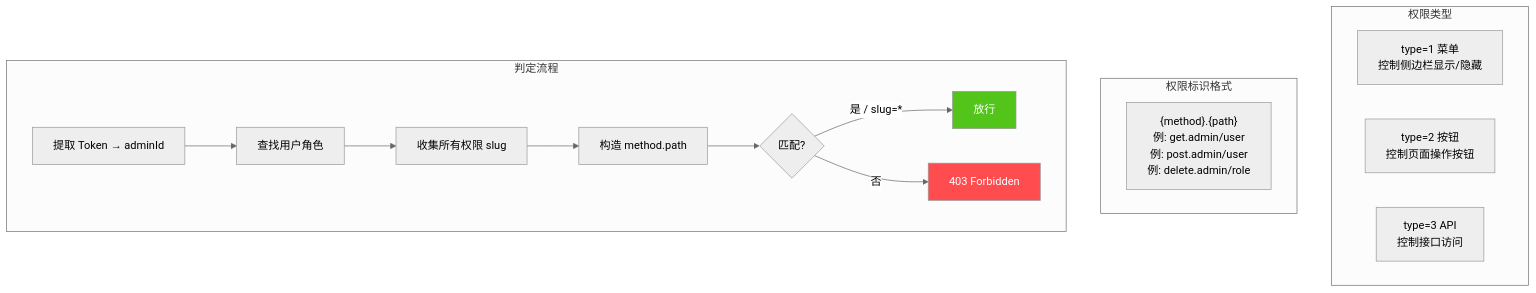
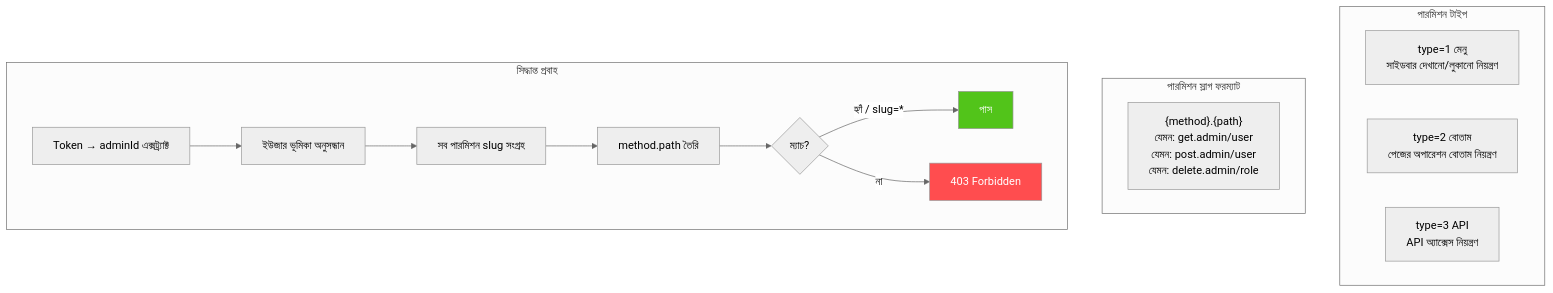
One commit to erikwang2013/game-platform-php changed the sixth of 14 diagrams in admin/docs/ARCHITECTURE.bn.md. Above: the diagram before and after it, drawn with Mermaid (neutral theme). The commit also changed other lines of this file and 211 other files, not shown here.

First line of the commit message:
fix: 支付配置读回类型根治、提现事件对账巡检，12 语族 mermaid 与 API 标签本地化

````diff
--- a/admin/docs/ARCHITECTURE.bn.md
+++ b/admin/docs/ARCHITECTURE.bn.md
@@ -322,32 +322,32 @@
 ```mermaid
 flowchart TD
-    subgraph "权限类型"
-        T1["type=1 菜单<br/>控制侧边栏显示/隐藏"]
-        T2["type=2 按钮<br/>控制页面操作按钮"]
-        T3["type=3 API<br/>控制接口访问"]
+    subgraph "পারমিশন টাইপ"
+        T1["type=1 মেনু<br/>সাইডবার দেখানো/লুকানো নিয়ন্ত্রণ"]
+        T2["type=2 বোতাম<br/>পেজের অপারেশন বোতাম নিয়ন্ত্রণ"]
+        T3["type=3 API<br/>API অ্যাক্সেস নিয়ন্ত্রণ"]
     end
 
-    subgraph "权限标识格式"
-        F1["{method}.{path}<br/>例: get.admin/user<br/>例: post.admin/user<br/>例: delete.admin/role"]
+    subgraph "পারমিশন স্লাগ ফরম্যাট"
+        F1["{method}.{path}<br/>যেমন: get.admin/user<br/>যেমন: post.admin/user<br/>যেমন: delete.admin/role"]
     end
 
-    subgraph "判定流程"
-        J1["提取 Token → adminId"]
-        J2["查找用户角色"]
-        J3["收集所有权限 slug"]
-        J4["构造 method.path"]
-        J5{"匹配?"}
-        J6["放行"]
+    subgraph "সিদ্ধান্ত প্রবাহ"
+        J1["Token → adminId এক্সট্র্যাক্ট"]
+        J2["ইউজার ভূমিকা অনুসন্ধান"]
+        J3["সব পারমিশন slug সংগ্রহ"]
+        J4["method.path তৈরি"]
+        J5{"ম্যাচ?"}
+        J6["পাস"]
         J7["403 Forbidden"]
 
         J1 --> J2
         J2 --> J3
         J3 --> J4
         J4 --> J5
-        J5 -->|"是 / slug=*"| J6
-        J5 -->|否| J7
+        J5 -->|"হ্যাঁ / slug=*"| J6
+        J5 -->|না| J7
     end
 
     style J6 fill:#52C41A,color:#fff
     style J7 fill:#FF4D4F,color:#fff
 ```
````
